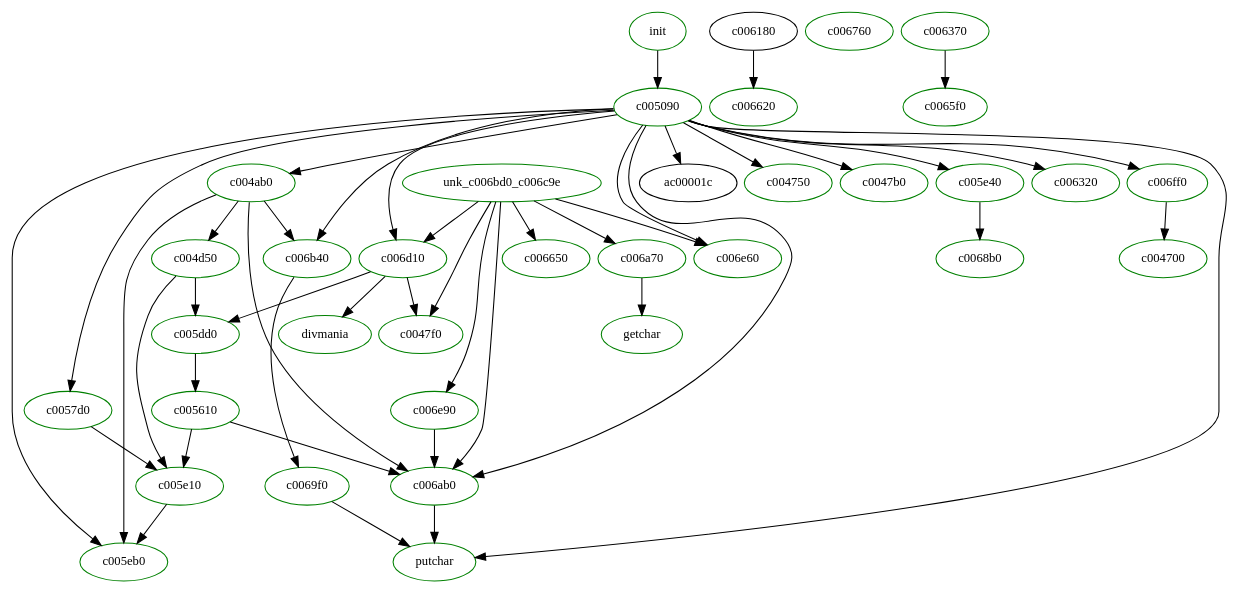
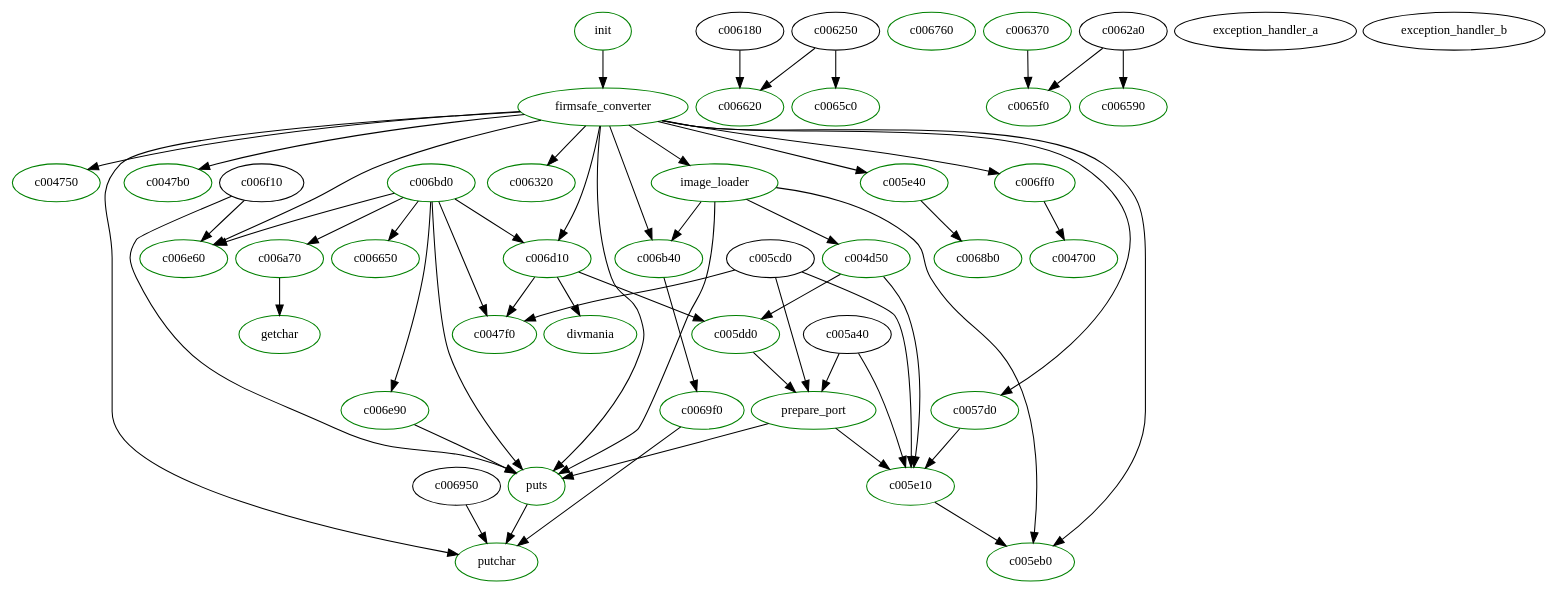
The diagram in cv.upx.dot (anse1/stubforth), drawn with Graphviz before and after one commit.

Commit message:
More manual call graph analysis.

```diff
--- a/cv.upx.dot
+++ b/cv.upx.dot
@@ -1,126 +1,169 @@
 # -*- compile-command:   dotty cv.upx.dot   -*-
 digraph  procedures  {
 node [fontsize=12]
 
  graph [nodesep=0.1]
 
  c005eb0 [ color=green]
 
   c006b40 -> c0069f0
 
   c006b40 [ color=green ]
 
   c0069f0 ->   c006f80
 c0069f0 [ color=green ]
 c006620 [ color=green]
 
 	 c005dd0 -> c005610
 	 c005dd0 [color=green ]
 
 	  c005610 -> { c005e10 c006ab0}
 
-	 c005610 [color=green ]
+	 c005610 [color=green, label=prepare_port ]
 
 c006dd0 [ label=getchar, color=green]
 
 	 c006f80  [
 		label =  putchar 
 		color =  green 
 	]
-	 c006ab0  [color =  green ]
+	 c006ab0  [color =  green, label=puts ]
 	 c004d50  [color =  green ]
 	 c005e10  [color =  green ]
-		 c006ab0 
 		 c005eb0 
 		 c006b40 
 		 c004d50 
 		 c005e10 
 		 c005dd0 
 
 	 c006ab0  ->  c006f80 
 	 c006180  ->  c006620  
 
 	 c004ab0  ->  { c006ab0  c005eb0  c006b40   c004d50   }
 
 
 	 c004d50  ->  c005e10  
 	 c004d50  ->  c005dd0  
 	 c005e10  ->  c005eb0  
 c006760 [ color=green]
 
-unk_c006bd0_c006c9e [color=green]
+c006bd0 [color=green]
 
 
-unk_c006bd0_c006c9e -> {
+c006bd0 -> {
 c0047f0 [color=green]
 
 c006650 [color=green]
 c006a70 [color=green]
 c006ab0 [color=green]
 c006d10 [color=green]
 c006e60 [color=green]
 c006e90 [color=green]
 }
 
 
 c006e90-> {
 c006ab0 [color=green]
 
 }
 
 
 c006a70 -> c006dd0
 
 c006d10 -> {
 	c007040 [label="divmania", color=green]
 	c005dd0
 	c0047f0
 }
 
 c003fb0 [color=green, label=init]
 
 c003fb0 -> {
-	c005090 [color=green]
+	c005090 [color=green, label=firmsafe_converter]
 }
 
 c006370 [color=green]
 
 
 c006370 -> {
 c0065f0 [color=green]
 }
 
 
 c005090  -> {
-ac00001c
+# ac00001c
 # c004a34
 c004750 [color=green]
 c0047b0 [color=green]
-c004ab0 [color=green]
+c004ab0 [color=green, label=image_loader]
 c0057d0 [color=green]
 c005e40 [color=green]
 c005eb0
 c006320 [color=green]
 c006ab0
 c006b40
 c006d10
 c006e60
 c006f80
 c006ff0 [color=green]
 
 }
 
 c006ff0 -> {
 c004700 [ color=green ]
 }
 
 c0057d0 -> {
 	c005e10 
 }
 
 c005e40 ->  {
 	c0068b0 [color=green]
 }
 
 
+
+c0055b0 [label=exception_handler_a]
+c0055e0 [label=exception_handler_b]
+c005a40 -> {
+ c005e10
+ c005610
 }
+
+
+c005cd0 -> {
+c005e10
+c005610
+c0047f0
+}
+
+
+c006250 -> {
+c006620
+c0065c0 [color=green]
+
+}
+
+c0062a0 -> {
+c006590 [color=green]
+c0065f0
+
+}
+
+
+c006950 -> {
+c006f80
+
+}
+
+
+ c006f10 -> {
+c006ab0
+c006e60
+
+}
+
+
+
+
+}
```
